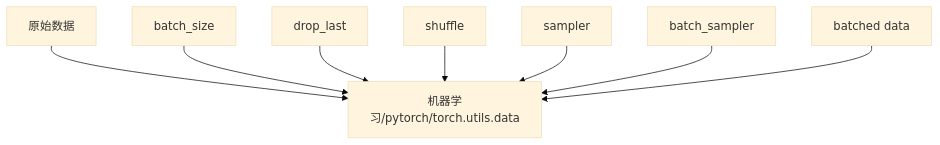
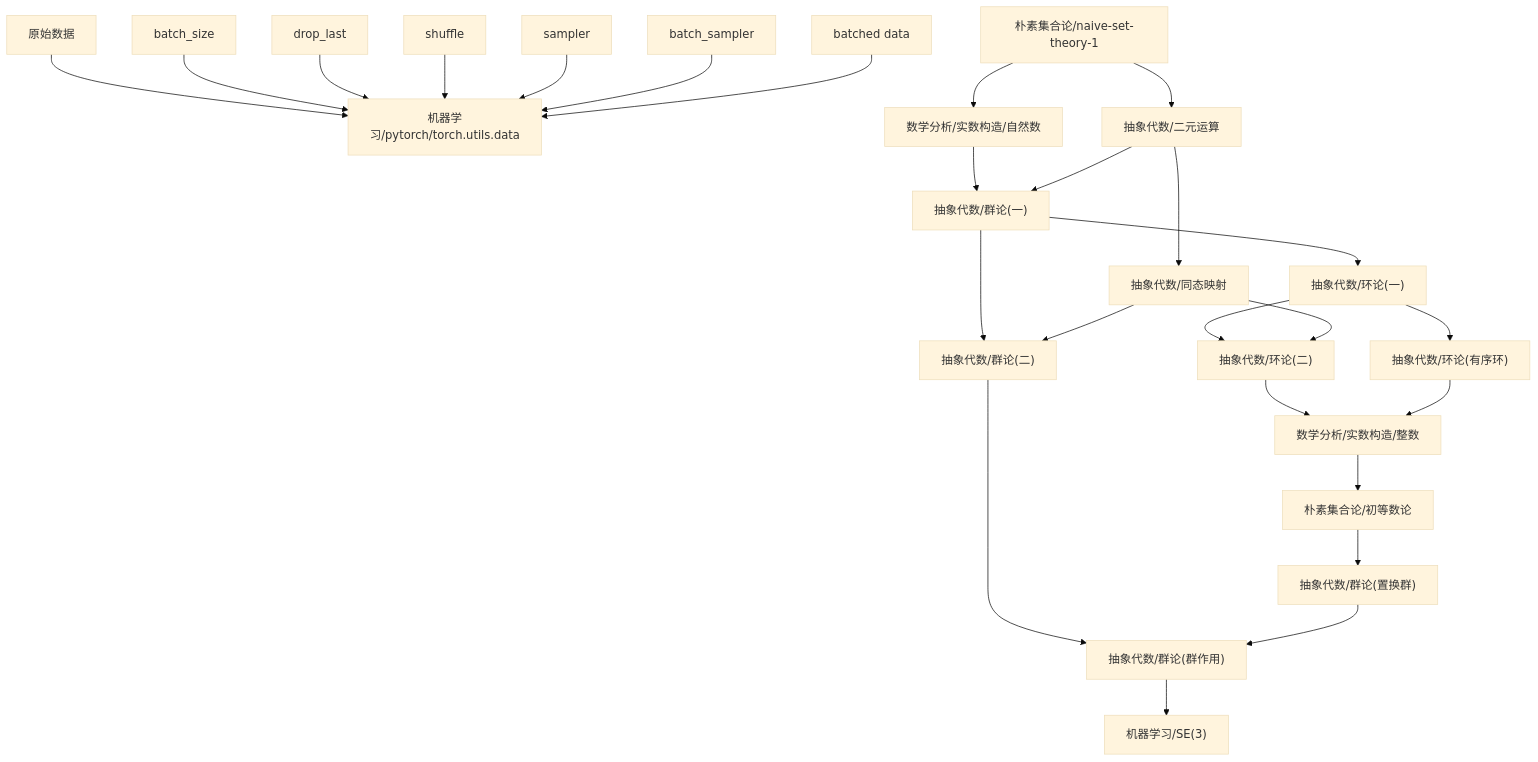
The diagram in content/机器学习/dependency_graph.md (zeroDtree/zeroDtree.github.io), drawn with Mermaid (base theme) before and after one commit. The commit also changed 17 other files, not shown here.

````diff
--- a/content/机器学习/dependency_graph.md
+++ b/content/机器学习/dependency_graph.md
@@ -1,10 +1,28 @@
 ```mermaid
 graph TD
-2["原始数据"] --> 1["机器学习/pytorch/torch.utils.data"]
-3["batch_size"] --> 1["机器学习/pytorch/torch.utils.data"]
-4["drop_last"] --> 1["机器学习/pytorch/torch.utils.data"]
-5["shuffle"] --> 1["机器学习/pytorch/torch.utils.data"]
-6["sampler"] --> 1["机器学习/pytorch/torch.utils.data"]
-7["batch_sampler"] --> 1["机器学习/pytorch/torch.utils.data"]
-8["batched data"] --> 1["机器学习/pytorch/torch.utils.data"]
+1["抽象代数/群论(群作用)"] --> 0["机器学习/SE(3)"]
+4["原始数据"] --> 3["机器学习/pytorch/torch.utils.data"]
+5["batch_size"] --> 3["机器学习/pytorch/torch.utils.data"]
+6["drop_last"] --> 3["机器学习/pytorch/torch.utils.data"]
+7["shuffle"] --> 3["机器学习/pytorch/torch.utils.data"]
+8["sampler"] --> 3["机器学习/pytorch/torch.utils.data"]
+9["batch_sampler"] --> 3["机器学习/pytorch/torch.utils.data"]
+10["batched data"] --> 3["机器学习/pytorch/torch.utils.data"]
+11["抽象代数/群论(二)"] --> 1["抽象代数/群论(群作用)"]
+12["抽象代数/群论(置换群)"] --> 1["抽象代数/群论(群作用)"]
+13["抽象代数/群论(一)"] --> 11["抽象代数/群论(二)"]
+14["抽象代数/同态映射"] --> 11["抽象代数/群论(二)"]
+15["朴素集合论/初等数论"] --> 12["抽象代数/群论(置换群)"]
+16["数学分析/实数构造/整数"] --> 15["朴素集合论/初等数论"]
+17["抽象代数/环论(二)"] --> 16["数学分析/实数构造/整数"]
+18["抽象代数/环论(有序环)"] --> 16["数学分析/实数构造/整数"]
+19["抽象代数/环论(一)"] --> 17["抽象代数/环论(二)"]
+14["抽象代数/同态映射"] --> 17["抽象代数/环论(二)"]
+19["抽象代数/环论(一)"] --> 18["抽象代数/环论(有序环)"]
+13["抽象代数/群论(一)"] --> 19["抽象代数/环论(一)"]
+20["数学分析/实数构造/自然数"] --> 13["抽象代数/群论(一)"]
+21["抽象代数/二元运算"] --> 13["抽象代数/群论(一)"]
+22["朴素集合论/naive-set-theory-1"] --> 20["数学分析/实数构造/自然数"]
+22["朴素集合论/naive-set-theory-1"] --> 21["抽象代数/二元运算"]
+21["抽象代数/二元运算"] --> 14["抽象代数/同态映射"]
 ```
````
